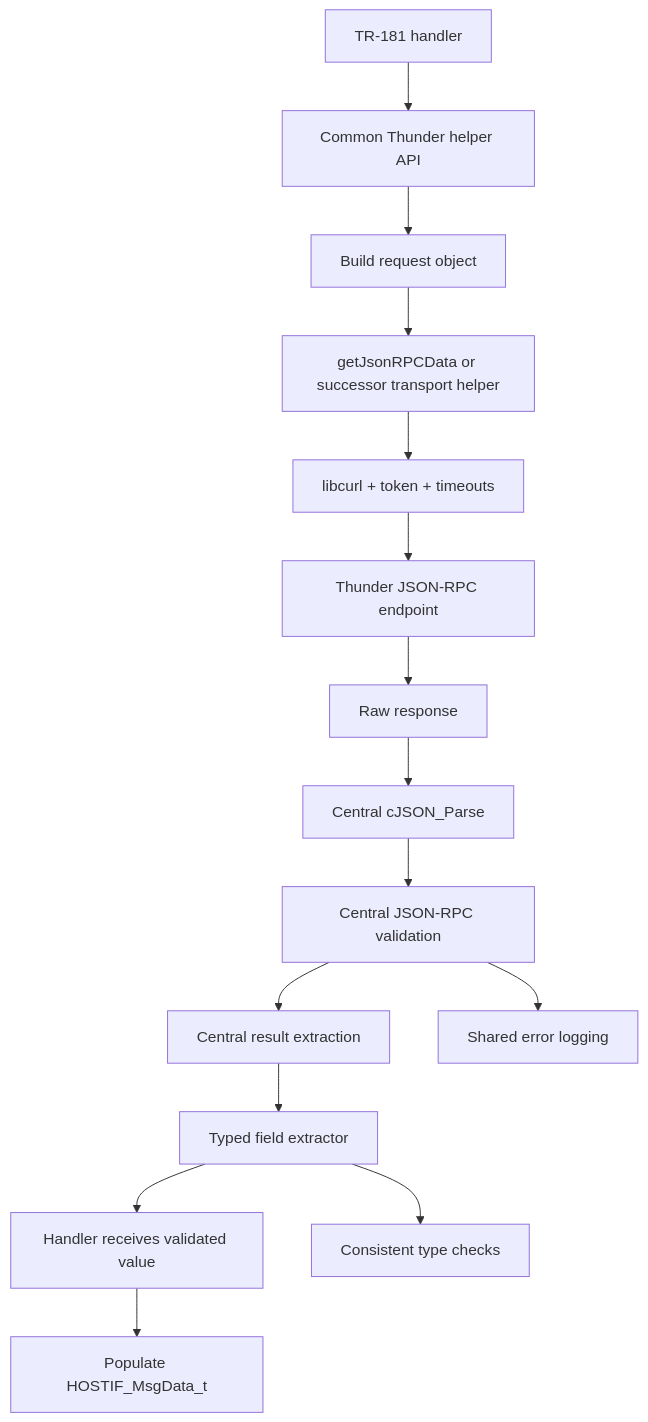
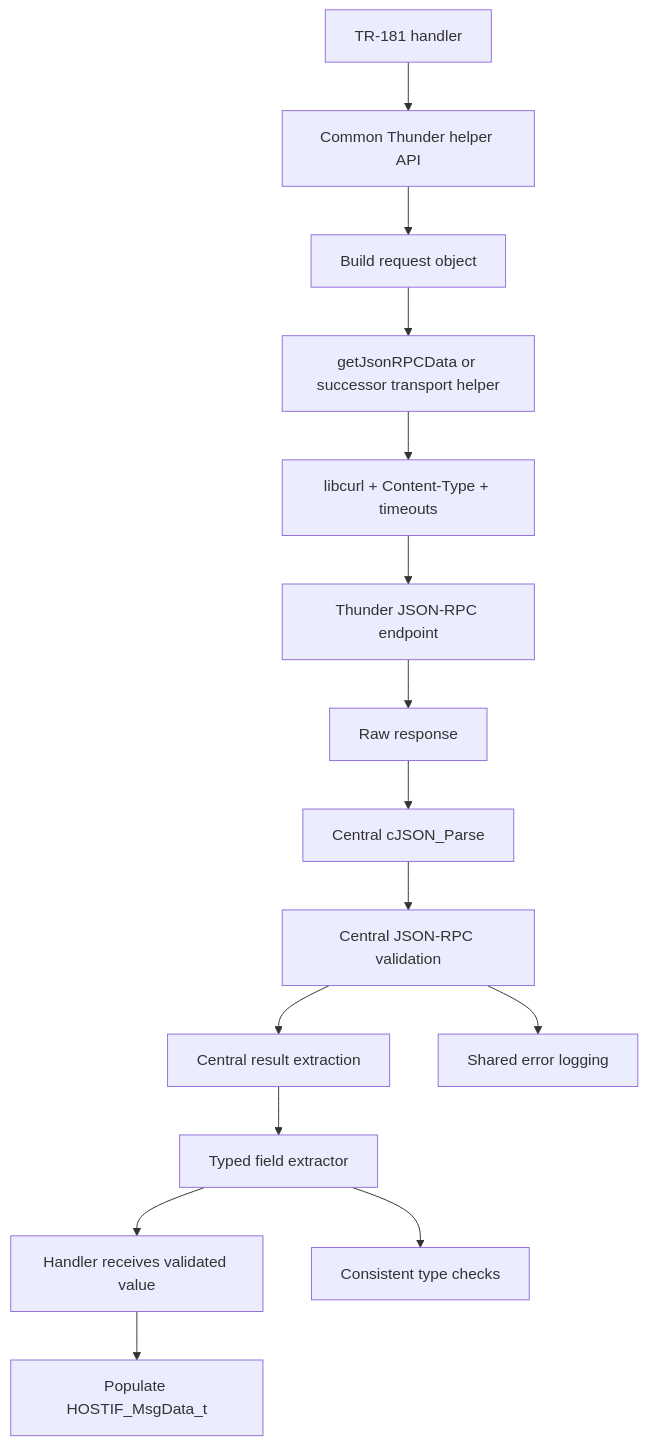
One commit to rdkcentral/tr69hostif changed the third of 4 diagrams in docs/api/thunder-plugin-interfaces.md. Above: the diagram before and after it, drawn with Mermaid. The commit also changed other lines of this file and 13 other files, not shown here.

````diff
--- a/docs/api/thunder-plugin-interfaces.md
+++ b/docs/api/thunder-plugin-interfaces.md
@@ -98,18 +96,18 @@
 ```mermaid
 flowchart TD
     A[TR-181 handler] --> B[Common Thunder helper API]
     B --> C[Build request object]
     C --> D[getJsonRPCData or successor transport helper]
-    D --> E[libcurl + token + timeouts]
+    D --> E[libcurl + Content-Type + timeouts]
     E --> F[Thunder JSON-RPC endpoint]
     F --> G[Raw response]
     G --> H[Central cJSON_Parse]
     H --> I[Central JSON-RPC validation]
     I --> J[Central result extraction]
     J --> K[Typed field extractor]
     K --> L[Handler receives validated value]
     L --> M[Populate HOSTIF_MsgData_t]
 
     I --> N[Shared error logging]
     K --> O[Consistent type checks]
 ```
````
